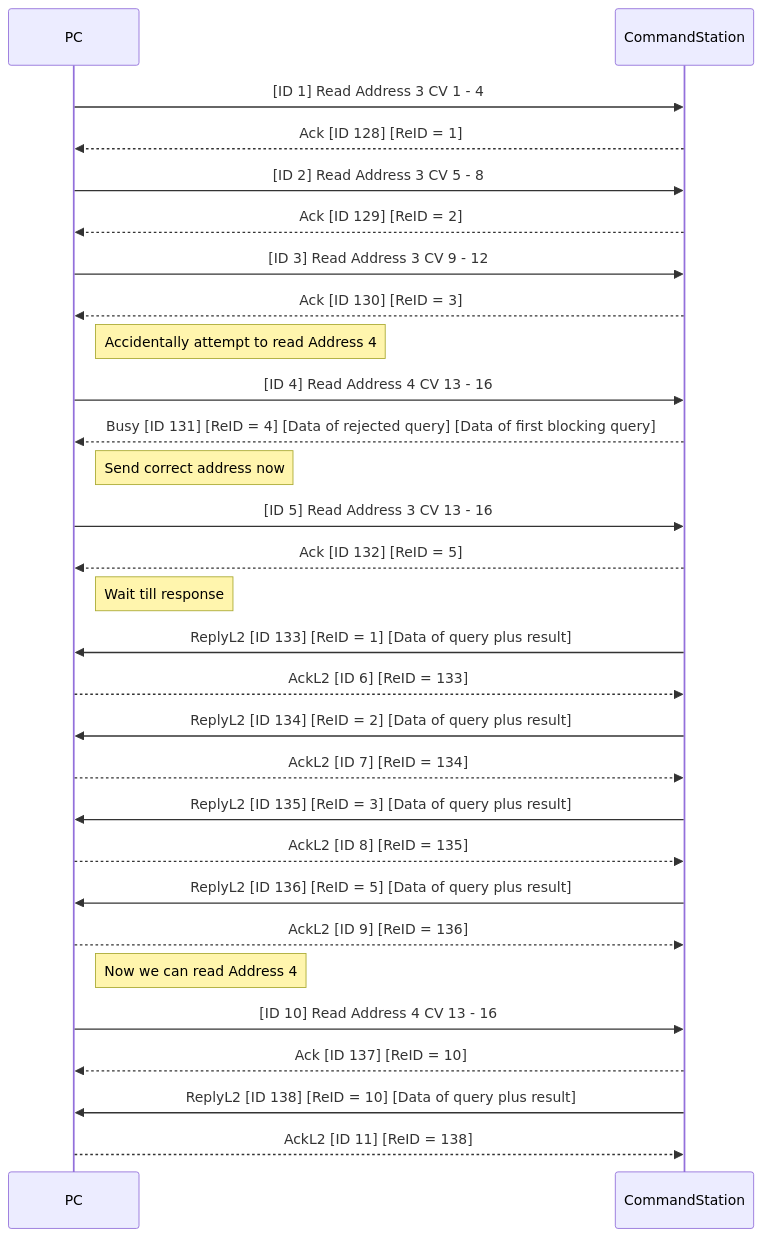
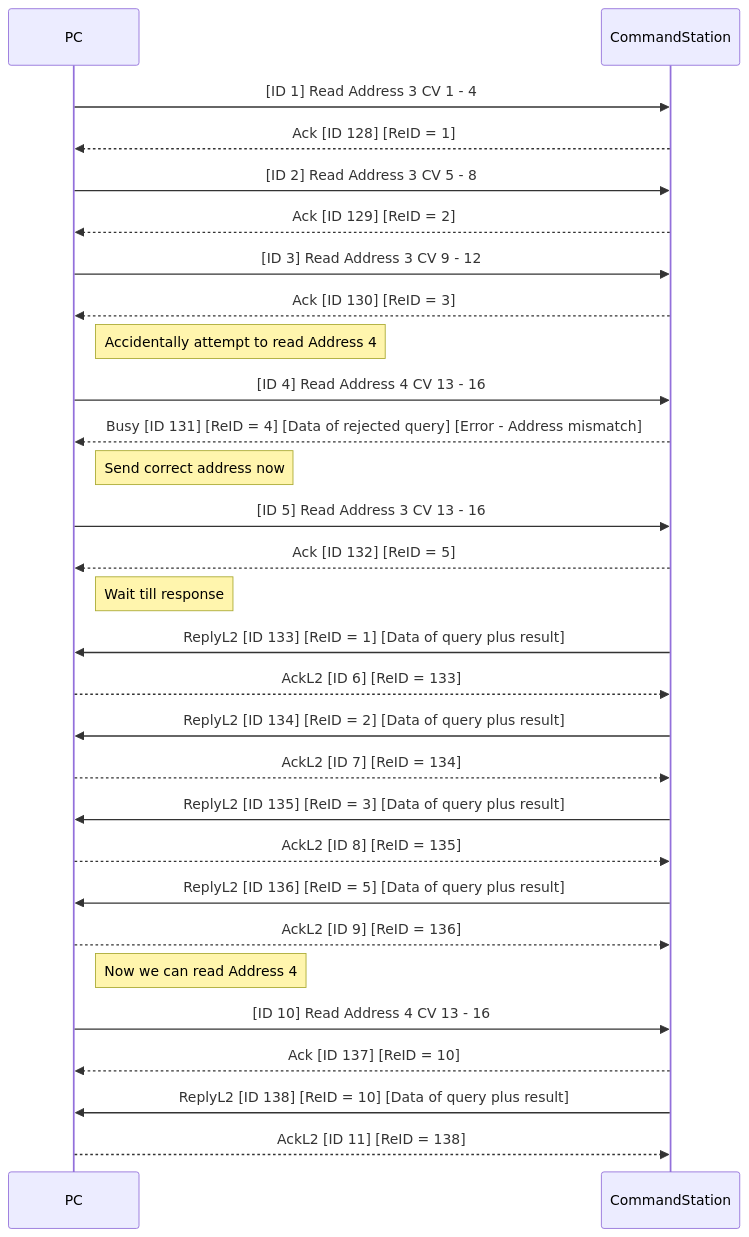
One commit to ZIMO-Elektronik/ULF_MX1BIN changed the second of 2 diagrams in docs/commands/universal/read_set_decoder_cv_multi.md. Above: the diagram before and after it, drawn with Mermaid. The commit also changed other lines of this file, not shown here.

````diff
--- a/docs/commands/universal/read_set_decoder_cv_multi.md
+++ b/docs/commands/universal/read_set_decoder_cv_multi.md
@@ -145,32 +159,32 @@
 ``` mermaid
 sequenceDiagram
     participant PC
     participant CommandStation
 
     PC->>CommandStation: [ID 1] Read Address 3 CV 1 - 4
     CommandStation-->>PC: Ack [ID 128] [ReID = 1]
     PC->>CommandStation: [ID 2] Read Address 3 CV 5 - 8
     CommandStation-->>PC: Ack [ID 129] [ReID = 2]
     PC->>CommandStation: [ID 3] Read Address 3 CV 9 - 12
     CommandStation-->>PC: Ack [ID 130] [ReID = 3]
     Note right of PC: Accidentally attempt to read Address 4
     PC->>CommandStation: [ID 4] Read Address 4 CV 13 - 16
-    CommandStation-->>PC: Busy [ID 131] [ReID = 4] [Data of rejected query] [Data of first blocking query]
+    CommandStation-->>PC: Busy [ID 131] [ReID = 4] [Data of rejected query] [Error - Address mismatch]
     Note right of PC: Send correct address now
     PC->>CommandStation: [ID 5] Read Address 3 CV 13 - 16
     CommandStation-->>PC: Ack [ID 132] [ReID = 5]
     Note right of PC: Wait till response
     CommandStation->>PC: ReplyL2 [ID 133] [ReID = 1] [Data of query plus result]
     PC-->>CommandStation: AckL2 [ID 6] [ReID = 133]
     CommandStation->>PC: ReplyL2 [ID 134] [ReID = 2] [Data of query plus result]
     PC-->>CommandStation: AckL2 [ID 7] [ReID = 134]
     CommandStation->>PC: ReplyL2 [ID 135] [ReID = 3] [Data of query plus result]
     PC-->>CommandStation: AckL2 [ID 8] [ReID = 135]
     CommandStation->>PC: ReplyL2 [ID 136] [ReID = 5] [Data of query plus result]
     PC-->>CommandStation: AckL2 [ID 9] [ReID = 136]
     Note right of PC: Now we can read Address 4
     PC->>CommandStation: [ID 10] Read Address 4 CV 13 - 16
     CommandStation-->>PC: Ack [ID 137] [ReID = 10]
     CommandStation->>PC: ReplyL2 [ID 138] [ReID = 10] [Data of query plus result]
     PC-->>CommandStation: AckL2 [ID 11] [ReID = 138]
 ```
````
